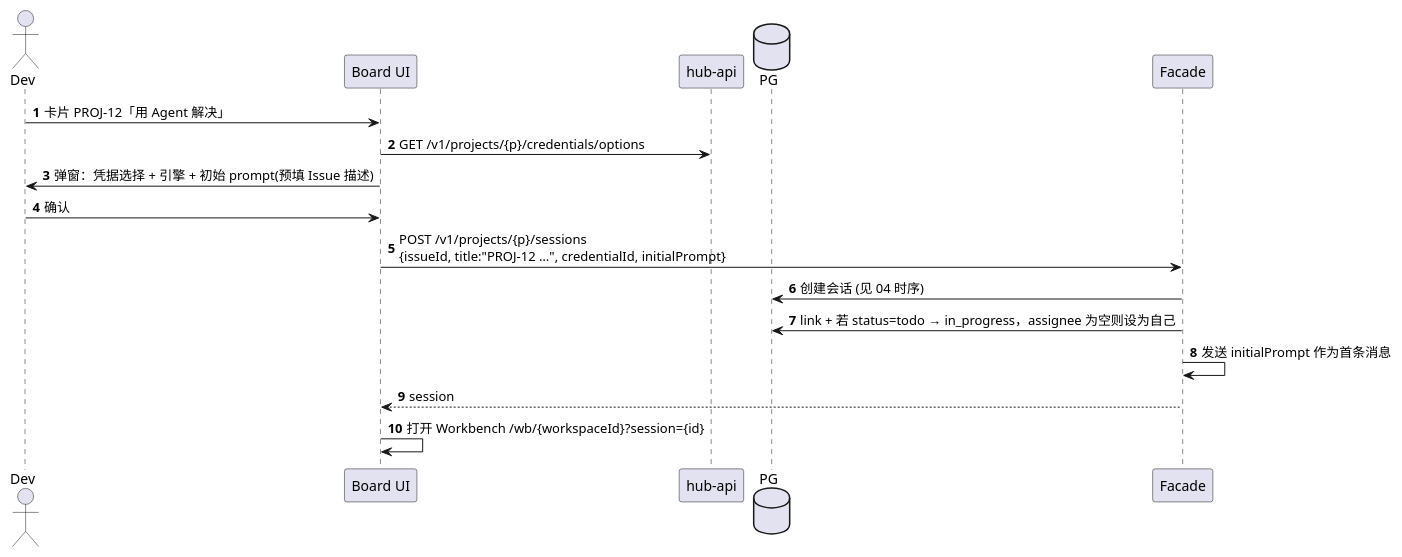
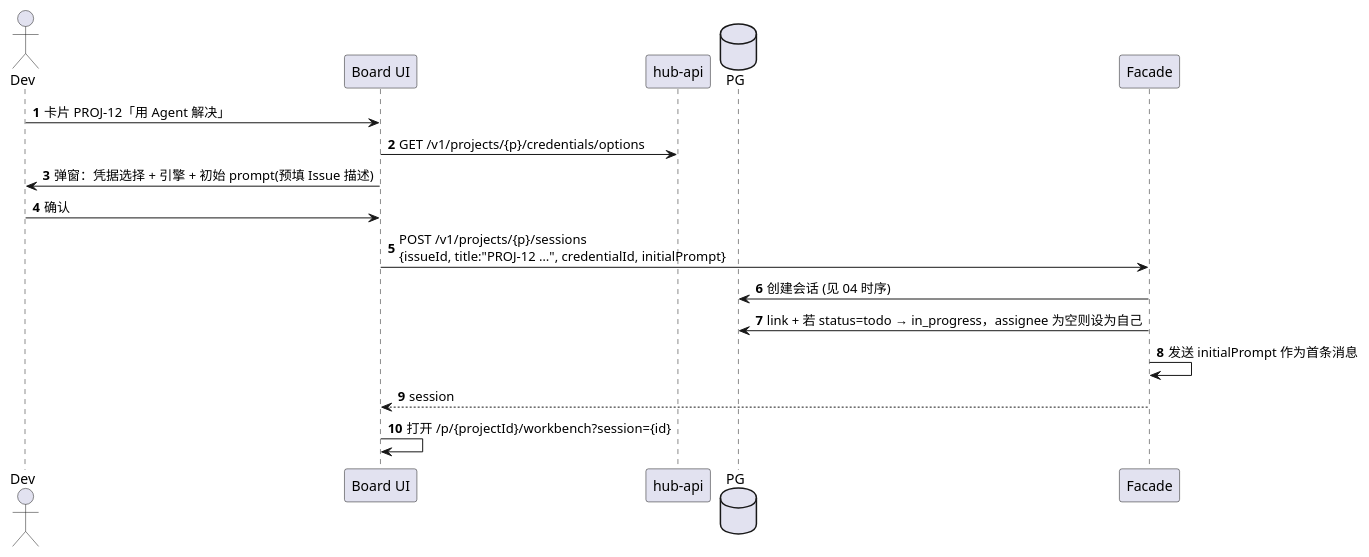
The second of 4 diagrams in docs/architecture/09-project-board.md (JackLuguibin/AgentHubEx), drawn with PlantUML before and after one commit. The commit also changed other lines of this file and 18 other files, not shown here.

First line of the commit message:
docs: align architecture on React SPA, Drizzle, open-source, intranet

````diff
--- a/docs/architecture/09-project-board.md
+++ b/docs/architecture/09-project-board.md
@@ -42,21 +42,21 @@
 ```plantuml
 @startuml issue-start
 autonumber
 actor Dev
 participant "Board UI" as B
 participant "hub-api" as H
 database PG
 participant Facade as F
 
 Dev -> B : 卡片 PROJ-12「用 Agent 解决」
 B -> H : GET /v1/projects/{p}/credentials/options
 B -> Dev : 弹窗：凭据选择 + 引擎 + 初始 prompt(预填 Issue 描述)
 Dev -> B : 确认
 B -> F : POST /v1/projects/{p}/sessions\n{issueId, title:"PROJ-12 …", credentialId, initialPrompt}
 F -> PG : 创建会话 (见 04 时序)
 F -> PG : link + 若 status=todo → in_progress，assignee 为空则设为自己
 F -> F : 发送 initialPrompt 作为首条消息
 F --> B : session
-B -> B : 打开 Workbench /wb/{workspaceId}?session={id}
+B -> B : 打开 /p/{projectId}/workbench?session={id}
 @enduml
 ```
````
